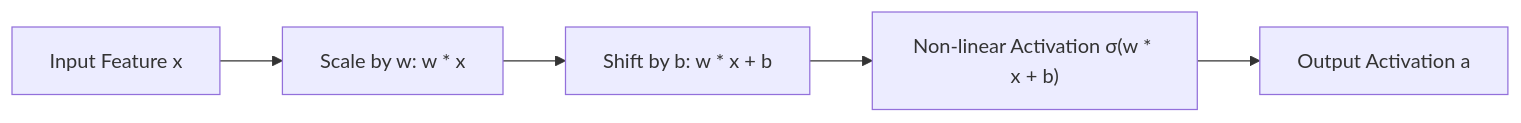
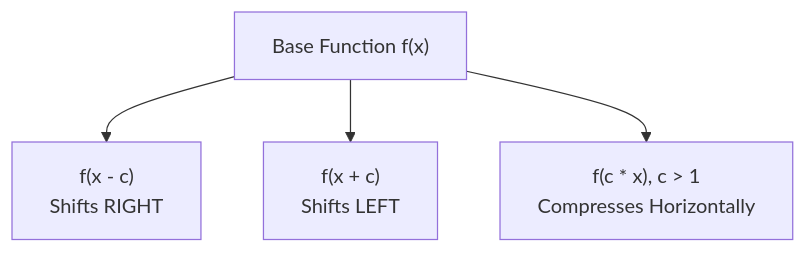
One commit to S1h2i3v4a/AI_ML changed the diagram in lecture_22/Notes_22.05/README.md. Above: the diagram before and after it, drawn with Mermaid. The commit also changed other lines of this file and 156 other files, not shown here.

Commit message:
docs(lectures 22-24): align notes with video lectures, add blackboard diagrams, clean structured functions, and compile vector PDFs

````diff
--- a/lecture_22/Notes_22.05/README.md
+++ b/lecture_22/Notes_22.05/README.md
@@ -42,7 +17,6 @@
 ```mermaid
-graph LR
-    x["Input Feature x"] --> Scale["Scale by w: w * x"]
-    Scale --> Shift["Shift by b: w * x + b"]
-    Shift --> Act["Non-linear Activation σ(w * x + b)"]
-    Act --> Out["Output Activation a"]
+flowchart TD
+    Base["Base Function f(x)"] --> Minus["f(x - c)<br/>Shifts RIGHT"]
+    Base --> Plus["f(x + c)<br/>Shifts LEFT"]
+    Base --> Comp["f(c * x), c > 1<br/>Compresses Horizontally"]
 ```
````
